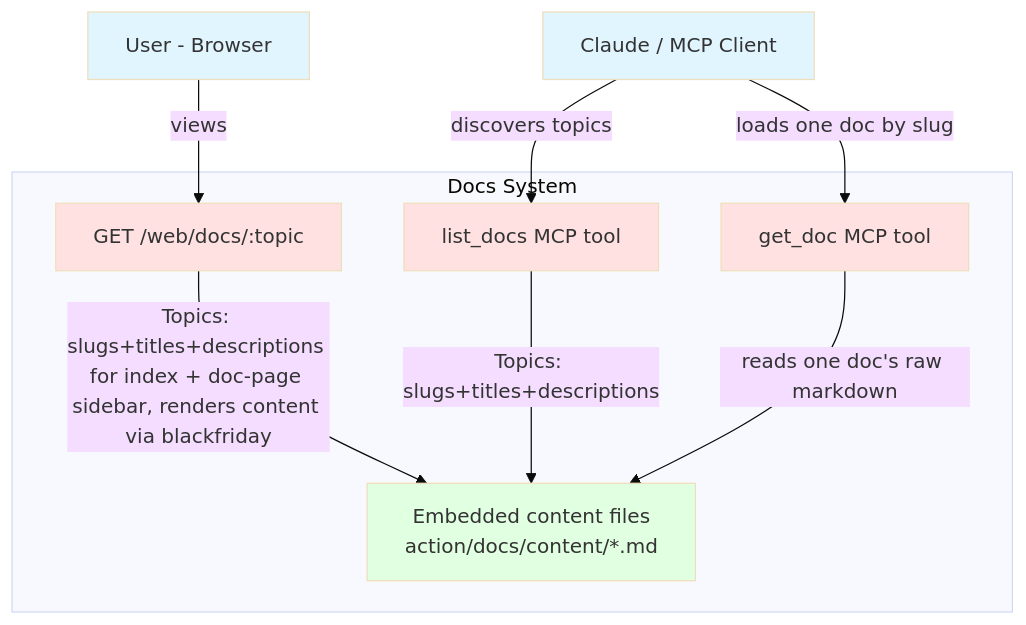
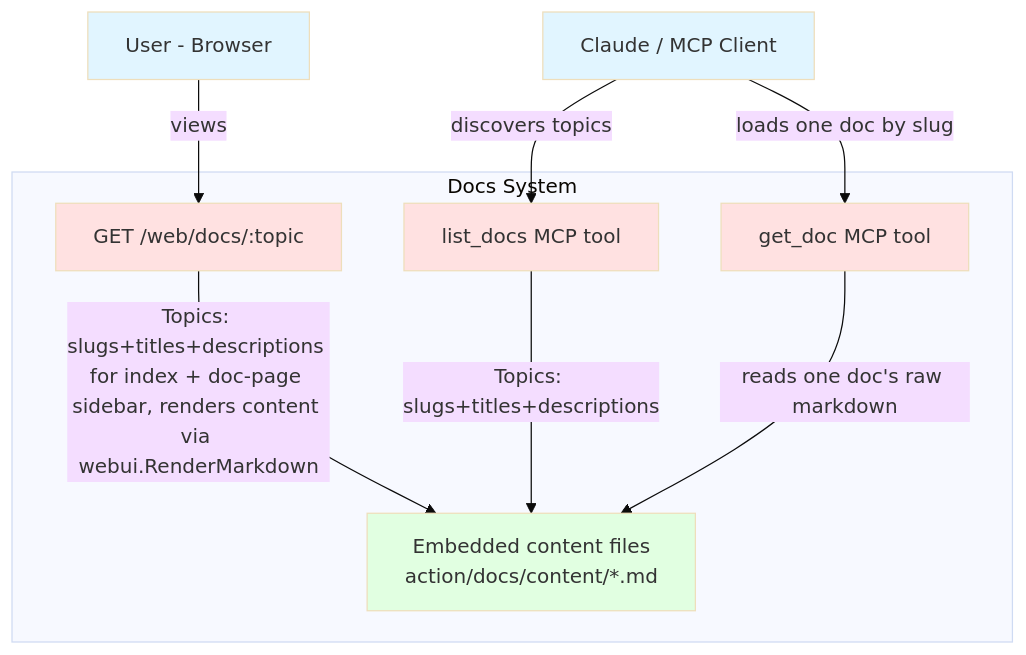
The diagram in docs/functions/docs-spec.md (rusinikita/personal), drawn with Mermaid (base theme) before and after one commit. The commit also changed other lines of this file and 14 other files, not shown here.

First line of the commit message:
feat(webui): render mermaid diagrams in docs and personal docs

````diff
--- a/docs/functions/docs-spec.md
+++ b/docs/functions/docs-spec.md
@@ -26,27 +26,27 @@
 ```mermaid
 graph TB
     User[User - Browser]
     Agent[Claude / MCP Client]
 
     subgraph "Docs System"
         Web[GET /web/docs/:topic]
         List[list_docs MCP tool]
         Get[get_doc MCP tool]
         FS[Embedded content files<br/>action/docs/content/*.md]
 
-        Web -->|Topics: slugs+titles+descriptions for index + doc-page sidebar, renders content via blackfriday| FS
+        Web -->|Topics: slugs+titles+descriptions for index + doc-page sidebar, renders content via webui.RenderMarkdown| FS
         List -->|Topics: slugs+titles+descriptions| FS
         Get -->|reads one doc's raw markdown| FS
     end
 
     User -->|views| Web
     Agent -->|discovers topics| List
     Agent -->|loads one doc by slug| Get
 
     style User fill:#e1f5ff
     style Agent fill:#e1f5ff
     style List fill:#ffe1e1
     style Get fill:#ffe1e1
     style Web fill:#ffe1e1
     style FS fill:#e1ffe1
 ```
````
